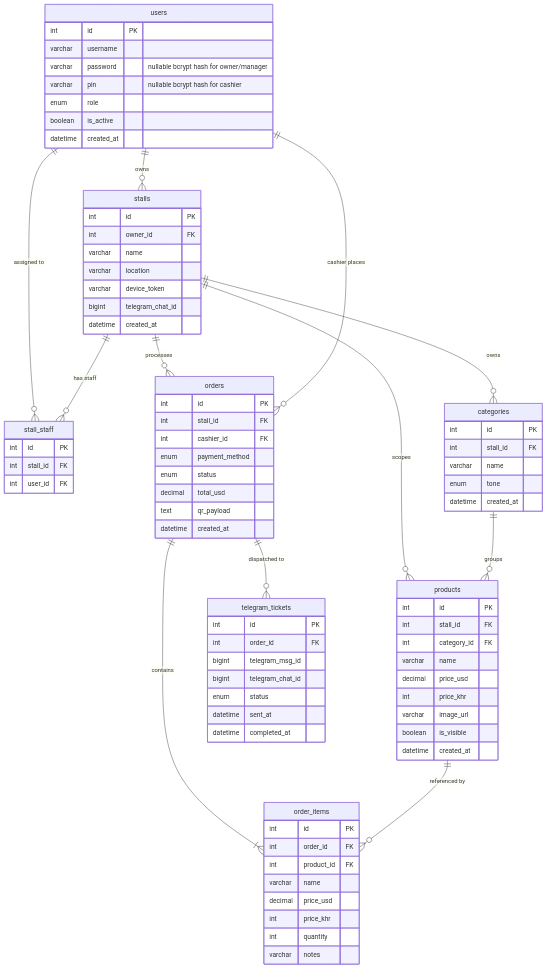
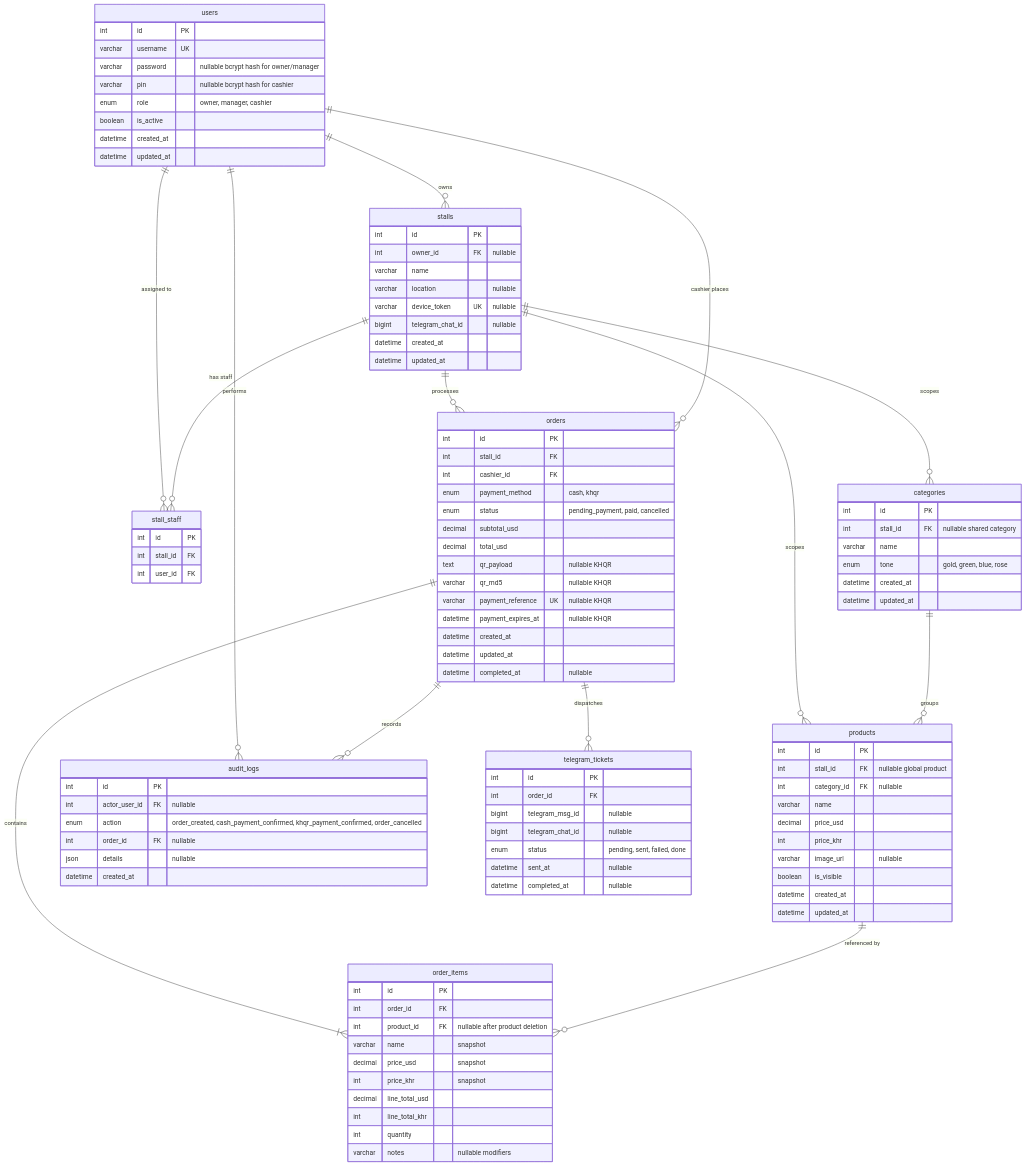
Before and after one commit to sothyvan/TOUB_POS: the diagram in docs/database/erd.md, drawn with Mermaid. The commit also changed other lines of this file and 30 other files, not shown here.

Commit message:
feat: add production Bakong KHQR payment checking

````diff
--- a/docs/database/erd.md
+++ b/docs/database/erd.md
@@ -4,22 +7,24 @@
 erDiagram
     users {
         int id PK
-        varchar username
+        varchar username UK
         varchar password "nullable bcrypt hash for owner/manager"
         varchar pin "nullable bcrypt hash for cashier"
-        enum role
+        enum role "owner, manager, cashier"
         boolean is_active
         datetime created_at
+        datetime updated_at
     }
 
     stalls {
         int id PK
-        int owner_id FK
+        int owner_id FK "nullable"
         varchar name
-        varchar location
-        varchar device_token
-        bigint telegram_chat_id
+        varchar location "nullable"
+        varchar device_token UK "nullable"
+        bigint telegram_chat_id "nullable"
         datetime created_at
+        datetime updated_at
     }
 
     stall_staff {
@@ -30,65 +35,86 @@
 
     categories {
         int id PK
-        int stall_id FK
+        int stall_id FK "nullable shared category"
         varchar name
-        enum tone
+        enum tone "gold, green, blue, rose"
         datetime created_at
+        datetime updated_at
     }
 
     products {
         int id PK
-        int stall_id FK
-        int category_id FK
+        int stall_id FK "nullable global product"
+        int category_id FK "nullable"
         varchar name
         decimal price_usd
         int price_khr
-        varchar image_url
+        varchar image_url "nullable"
         boolean is_visible
         datetime created_at
+        datetime updated_at
     }
 
     orders {
         int id PK
         int stall_id FK
         int cashier_id FK
-        enum payment_method
-        enum status
+        enum payment_method "cash, khqr"
+        enum status "pending_payment, paid, cancelled"
+        decimal subtotal_usd
         decimal total_usd
-        text qr_payload
+        text qr_payload "nullable KHQR"
+        varchar qr_md5 "nullable KHQR"
+        varchar payment_reference UK "nullable KHQR"
+        datetime payment_expires_at "nullable KHQR"
         datetime created_at
+        datetime updated_at
+        datetime completed_at "nullable"
     }
 
     order_items {
         int id PK
         int order_id FK
-        int product_id FK
-        varchar name
-        decimal price_usd
-        int price_khr
+        int product_id FK "nullable after product deletion"
+        varchar name "snapshot"
+        decimal price_usd "snapshot"
+        int price_khr "snapshot"
+        decimal line_total_usd
+        int line_total_khr
         int quantity
-        varchar notes
+        varchar notes "nullable modifiers"
+    }
+
+    audit_logs {
+        int id PK
+        int actor_user_id FK "nullable"
+        enum action "order_created, cash_payment_confirmed, khqr_payment_confirmed, order_cancelled"
+        int order_id FK "nullable"
+        json details "nullable"
+        datetime created_at
     }
 
     telegram_tickets {
-        int           id               PK
-        int           order_id         FK  
-        bigint        telegram_msg_id      
-        bigint        telegram_chat_id     
-        enum          status               
-        datetime      sent_at              
-        datetime      completed_at         
+        int id PK
+        int order_id FK
+        bigint telegram_msg_id "nullable"
+        bigint telegram_chat_id "nullable"
+        enum status "pending, sent, failed, done"
+        datetime sent_at "nullable"
+        datetime completed_at "nullable"
     }
 
-    users         ||--o{ stalls            : "owns"
-    users         ||--o{ stall_staff       : "assigned to"
-    stalls        ||--o{ stall_staff       : "has staff"
-    stalls        ||--o{ categories        : "owns"
-    stalls        ||--o{ products          : "scopes"
-    stalls        ||--o{ orders            : "processes"
-    categories    ||--o{ products          : "groups"
-    users         ||--o{ orders            : "cashier places"
-    orders        ||--|{ order_items       : "contains"
-    products      ||--o{ order_items       : "referenced by"
-    orders        ||--o{ telegram_tickets  : "dispatched to"
+    users      ||--o{ stalls           : "owns"
+    users      ||--o{ stall_staff      : "assigned to"
+    stalls     ||--o{ stall_staff      : "has staff"
+    stalls     ||--o{ categories       : "scopes"
+    stalls     ||--o{ products         : "scopes"
+    categories ||--o{ products         : "groups"
+    stalls     ||--o{ orders           : "processes"
+    users      ||--o{ orders           : "cashier places"
+    orders     ||--|{ order_items      : "contains"
+    products   ||--o{ order_items      : "referenced by"
+    users      ||--o{ audit_logs       : "performs"
+    orders     ||--o{ audit_logs       : "records"
+    orders     ||--o{ telegram_tickets : "dispatches"
 ```
````
